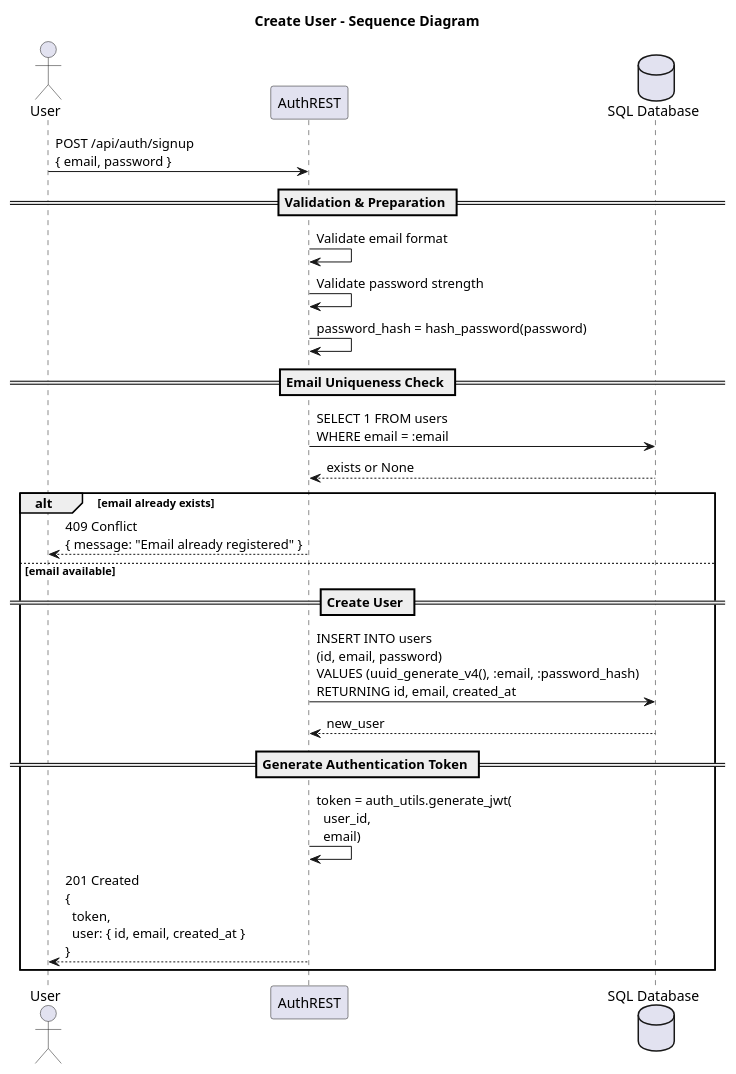
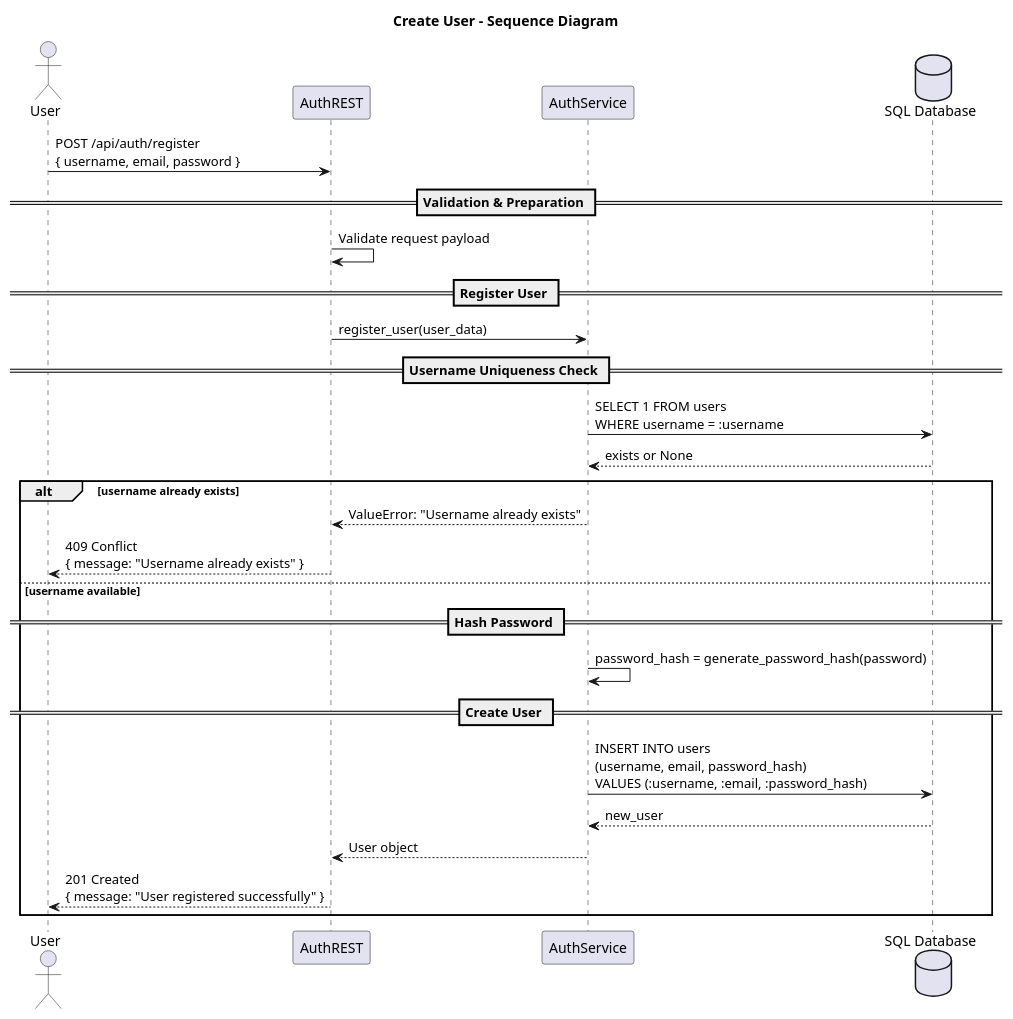
The diagram in docs/uml/sequence_diagram_create_user.puml (PhilippXXY/ticker-cal-tracker), drawn with PlantUML before and after one commit. The commit also changed 6 other files, not shown here.

Commit message:
Update UML diagrams to reflect recent changes

```diff
--- a/docs/uml/sequence_diagram_create_user.puml
+++ b/docs/uml/sequence_diagram_create_user.puml
@@ -1,32 +1,36 @@
 @startuml sequence_diagram_create_user
 title Create User - Sequence Diagram
 
 actor User
 participant "AuthREST" as REST
+participant "AuthService" as SVC
 database "SQL Database" as DB
 
-User -> REST: POST /api/auth/signup\n{ email, password }
+User -> REST: POST /api/auth/register\n{ username, email, password }
 
 == Validation & Preparation ==
-REST -> REST: Validate email format
-REST -> REST: Validate password strength
-REST -> REST: password_hash = hash_password(password)
+REST -> REST: Validate request payload
 
-== Email Uniqueness Check ==
-REST -> DB: SELECT 1 FROM users\nWHERE email = :email
-DB --> REST: exists or None
+== Register User ==
+REST -> SVC: register_user(user_data)
 
-alt email already exists
-  REST --> User: 409 Conflict\n{ message: "Email already registered" }
-else email available
+== Username Uniqueness Check ==
+SVC -> DB: SELECT 1 FROM users\nWHERE username = :username
+DB --> SVC: exists or None
+
+alt username already exists
+  SVC --> REST: ValueError: "Username already exists"
+  REST --> User: 409 Conflict\n{ message: "Username already exists" }
+else username available
+  == Hash Password ==
+  SVC -> SVC: password_hash = generate_password_hash(password)
+  
   == Create User ==
-  REST -> DB: INSERT INTO users\n(id, email, password)\nVALUES (uuid_generate_v4(), :email, :password_hash)\nRETURNING id, email, created_at
-  DB --> REST: new_user
+  SVC -> DB: INSERT INTO users\n(username, email, password_hash)\nVALUES (:username, :email, :password_hash)
+  DB --> SVC: new_user
   
-  == Generate Authentication Token ==
-  REST -> REST: token = auth_utils.generate_jwt(\n  user_id,\n  email)
-  
-  REST --> User: 201 Created\n{\n  token,\n  user: { id, email, created_at }\n}
+  SVC --> REST: User object
+  REST --> User: 201 Created\n{ message: "User registered successfully" }
 end
 
 @enduml
```
